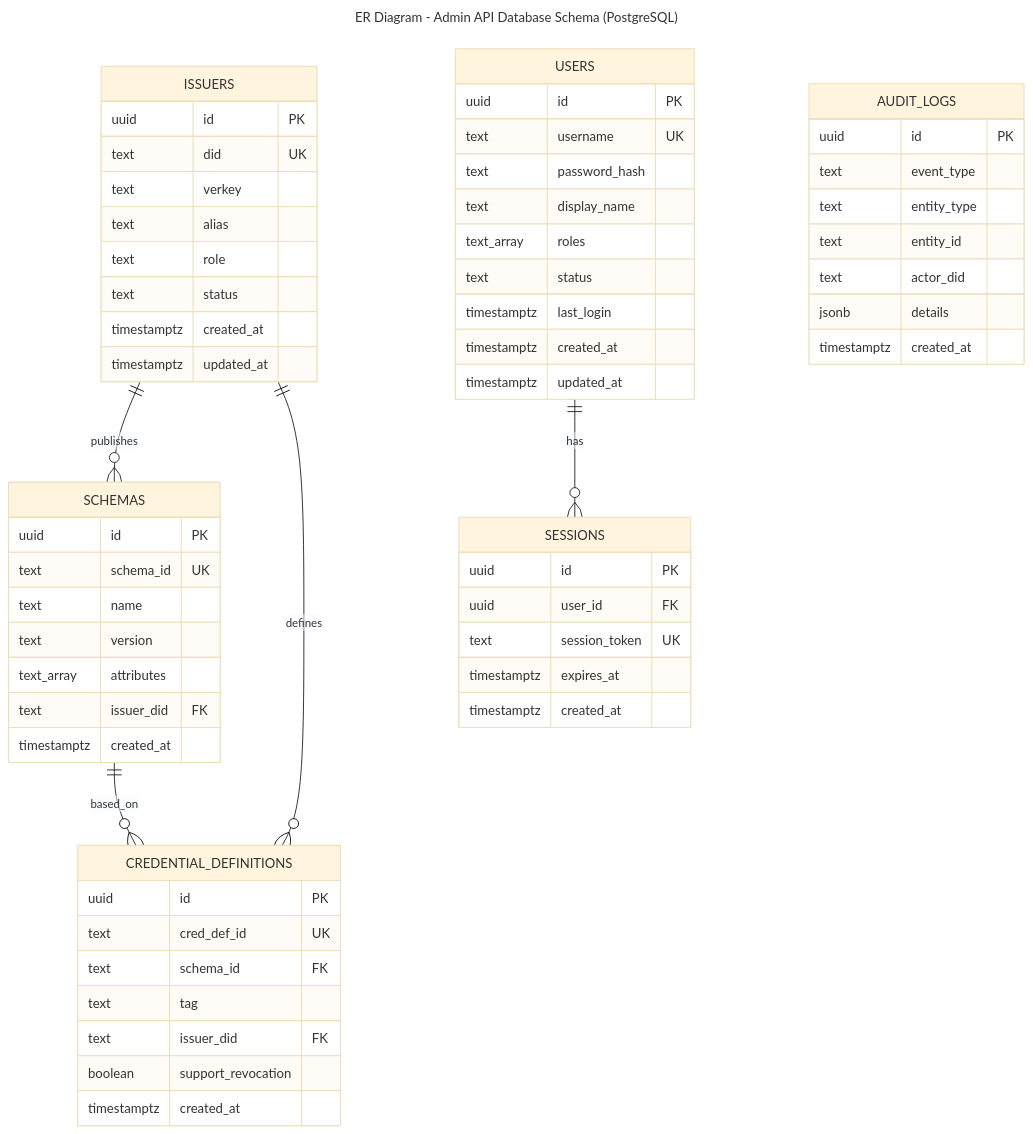
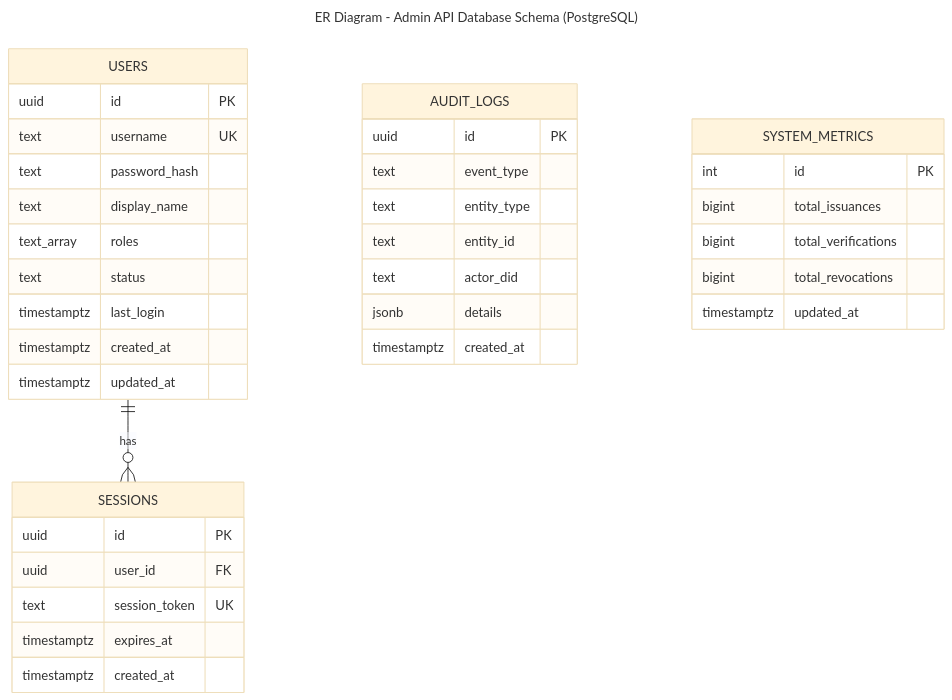
Before and after one commit to CHATEAUFORGE-LLC/QuantumZero: the diagram in diagrams/erdiagram-server-admin-db.mmd, drawn with Mermaid. The commit also changed 21 other files, not shown here.

```diff
--- a/diagrams/erdiagram-server-admin-db.mmd
+++ b/diagrams/erdiagram-server-admin-db.mmd
@@ -1,73 +1,46 @@
 ---
 title: ER Diagram - Admin API Database Schema (PostgreSQL)
 config:
   theme: base
 ---
 %% QuantumZero UML palette note: actors/external=#fff7e6/#b45309, system/component=#e0f2fe/#075985, datastore=#ecfccb/#4d7c0f, notes=#fff9c4/#d97706. Aligns diagrams to Deliverable 1 UML/DFD theme.
 erDiagram
-  ISSUERS ||--o{ SCHEMAS : publishes
-  ISSUERS ||--o{ CREDENTIAL_DEFINITIONS : defines
-  SCHEMAS ||--o{ CREDENTIAL_DEFINITIONS : based_on
-
   USERS ||--o{ SESSIONS : has
-
-  ISSUERS {
-    uuid id PK
-    text did UK
-    text verkey
-    text alias
-    text role
-    text status
-    timestamptz created_at
-    timestamptz updated_at
-  }
-
-  SCHEMAS {
-    uuid id PK
-    text schema_id UK
-    text name
-    text version
-    text_array attributes
-    text issuer_did FK
-    timestamptz created_at
-  }
-
-  CREDENTIAL_DEFINITIONS {
-    uuid id PK
-    text cred_def_id UK
-    text schema_id FK
-    text tag
-    text issuer_did FK
-    boolean support_revocation
-    timestamptz created_at
-  }
 
   AUDIT_LOGS {
     uuid id PK
     text event_type
     text entity_type
     text entity_id
     text actor_did
     jsonb details
     timestamptz created_at
+  }
+
+  SYSTEM_METRICS {
+    int id PK
+    bigint total_issuances
+    bigint total_verifications
+    bigint total_revocations
+    timestamptz updated_at
   }
 
   USERS {
     uuid id PK
     text username UK
     text password_hash
     text display_name
     text_array roles
     text status
     timestamptz last_login
     timestamptz created_at
     timestamptz updated_at
   }
 
   SESSIONS {
     uuid id PK
     uuid user_id FK
     text session_token UK
     timestamptz expires_at
     timestamptz created_at
   }
```
